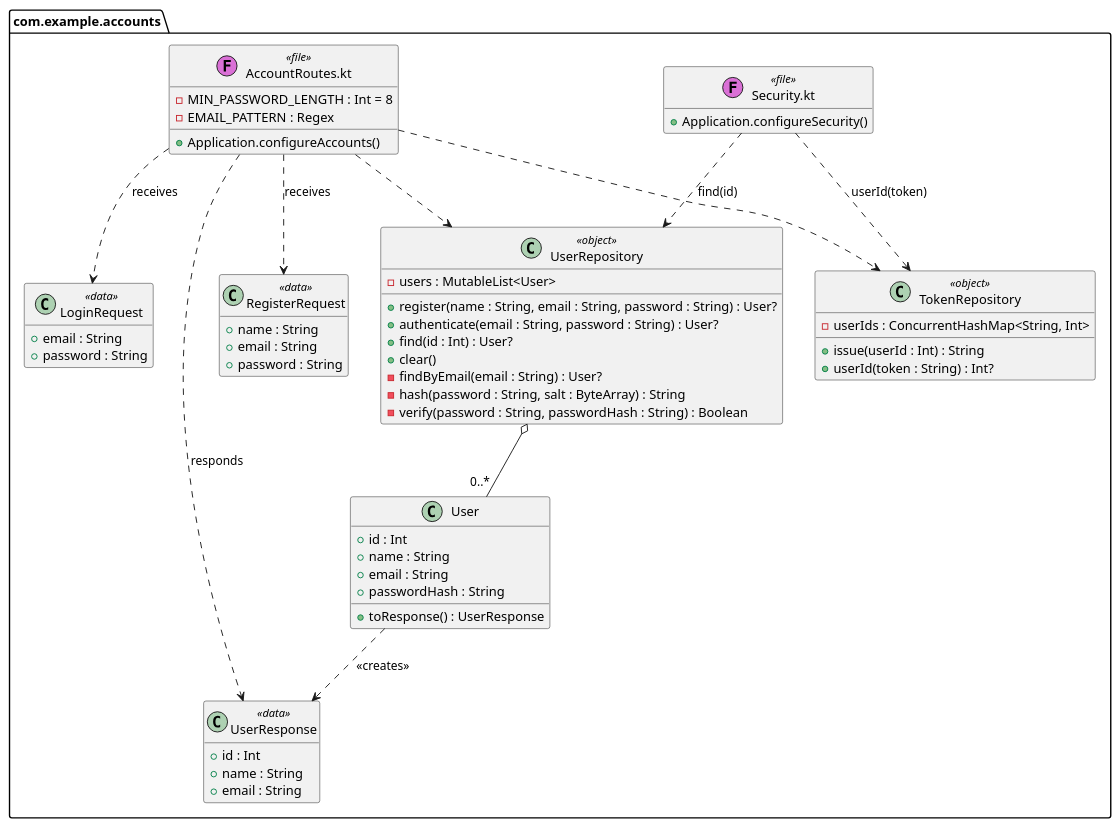
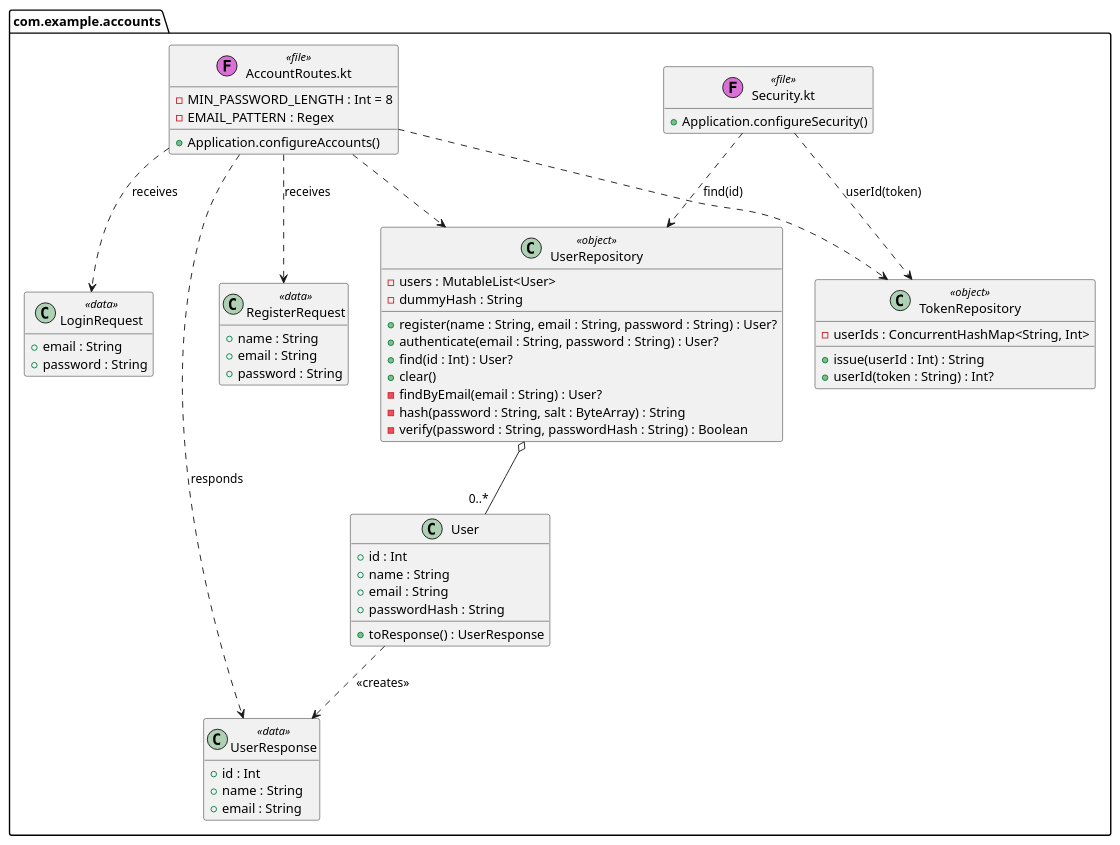
Before and after one commit to Rent-a-car-38291/rent-a-car: the diagram in docs/diagrams/class-accounts.puml, drawn with PlantUML. The commit also changed 5 other files, not shown here.

First line of the commit message:
Verify unknown emails against a dummy hash

```diff
--- a/docs/diagrams/class-accounts.puml
+++ b/docs/diagrams/class-accounts.puml
@@ -1,63 +1,64 @@
 @startuml
 ' The account classes as they are in src/. The car classes are in class-cars.puml.
 hide empty members
 set separator none
 
 package com.example.accounts <<Folder>> {
   class "AccountRoutes.kt" as AccountRoutes <<(F,orchid) file>> {
     - MIN_PASSWORD_LENGTH : Int = 8
     - EMAIL_PATTERN : Regex
     + Application.configureAccounts()
   }
   class "Security.kt" as Security <<(F,orchid) file>> {
     + Application.configureSecurity()
   }
   class User {
     + id : Int
     + name : String
     + email : String
     + passwordHash : String
     + toResponse() : UserResponse
   }
   class RegisterRequest <<data>> {
     + name : String
     + email : String
     + password : String
   }
   class LoginRequest <<data>> {
     + email : String
     + password : String
   }
   class UserResponse <<data>> {
     + id : Int
     + name : String
     + email : String
   }
   class UserRepository <<object>> {
     - users : MutableList<User>
+    - dummyHash : String
     + register(name : String, email : String, password : String) : User?
     + authenticate(email : String, password : String) : User?
     + find(id : Int) : User?
     + clear()
     - findByEmail(email : String) : User?
     - hash(password : String, salt : ByteArray) : String
     - verify(password : String, passwordHash : String) : Boolean
   }
   class TokenRepository <<object>> {
     - userIds : ConcurrentHashMap<String, Int>
     + issue(userId : Int) : String
     + userId(token : String) : Int?
   }
 }
 
 UserRepository o-- "0..*" User
 User ..> UserResponse : <<creates>>
 AccountRoutes ..> RegisterRequest : receives
 AccountRoutes ..> LoginRequest : receives
 AccountRoutes ..> UserResponse : responds
 AccountRoutes ..> UserRepository
 AccountRoutes ..> TokenRepository
 Security ..> TokenRepository : userId(token)
 Security ..> UserRepository : find(id)
 
 @enduml
```
